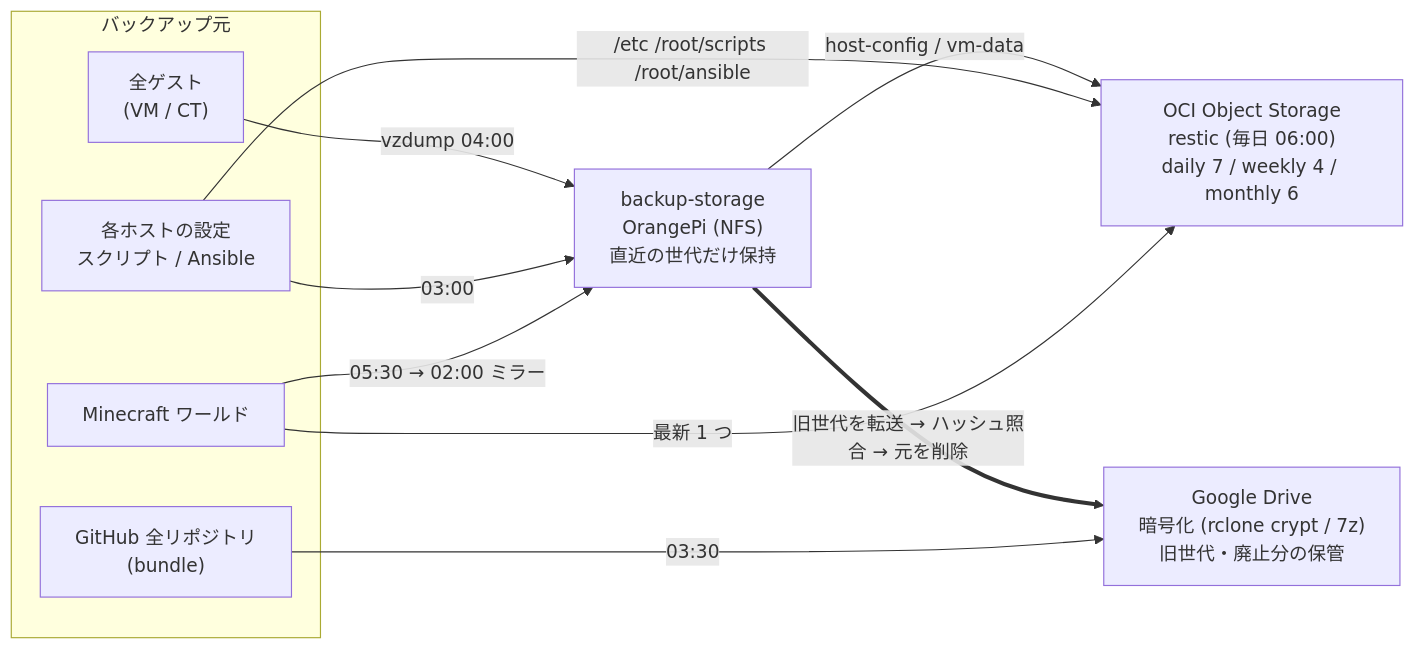
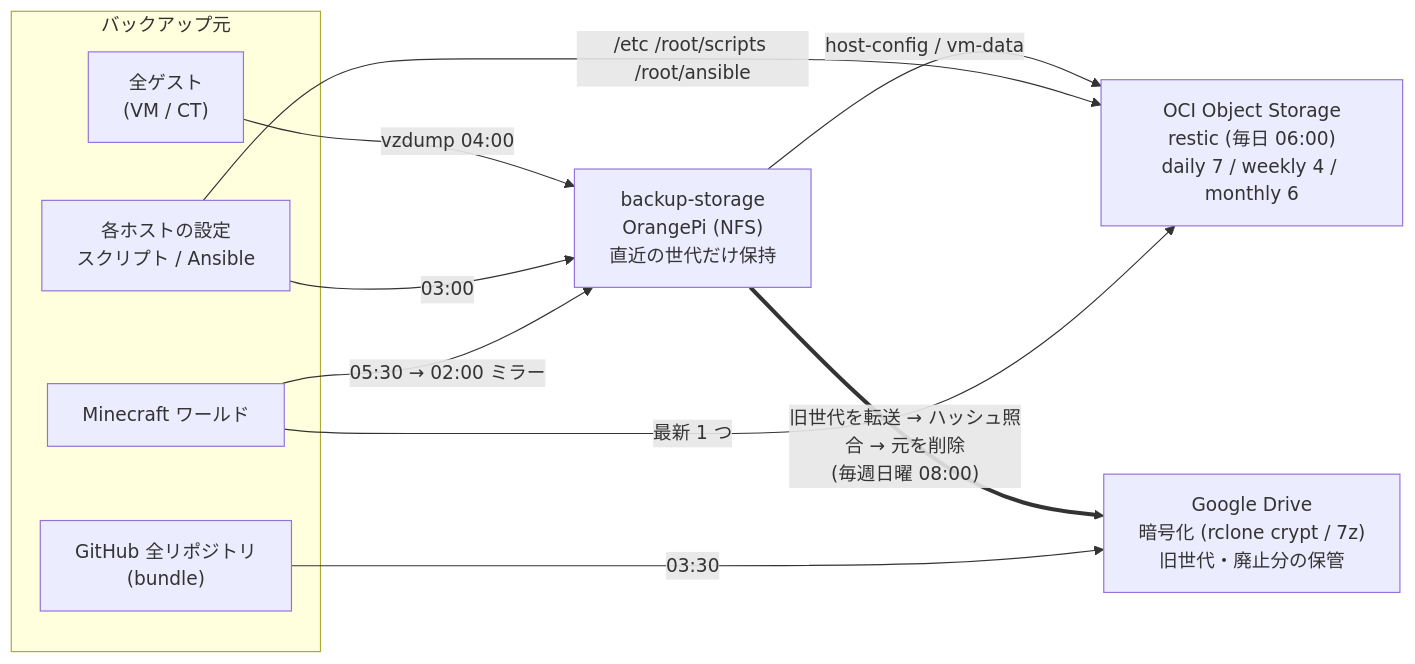
Before and after one commit to Leucophyllous/homelab: the third of 4 diagrams in README.md, drawn with Mermaid. The commit also changed other lines of this file, not shown here.

````diff
--- a/README.md
+++ b/README.md
@@ -115,21 +115,21 @@
 ```mermaid
 flowchart LR
   subgraph src["バックアップ元"]
     g["全ゲスト<br>(VM / CT)"]
     cfg["各ホストの設定<br>スクリプト / Ansible"]
     mcw["Minecraft ワールド"]
     gmr["GitHub 全リポジトリ<br>(bundle)"]
   end
   bs["backup-storage<br>OrangePi (NFS)<br>直近の世代だけ保持"]
   s3["OCI Object Storage<br>restic (毎日 06:00)<br>daily 7 / weekly 4 / monthly 6"]
   gd["Google Drive<br>暗号化 (rclone crypt / 7z)<br>旧世代・廃止分の保管"]
 
   g -->|"vzdump 04:00"| bs
   cfg -->|"03:00"| bs
   mcw -->|"05:30 → 02:00 ミラー"| bs
   bs -->|"host-config / vm-data"| s3
   cfg -->|"/etc /root/scripts /root/ansible"| s3
   mcw -->|"最新 1 つ"| s3
-  bs ==>|"旧世代を転送 → ハッシュ照合 → 元を削除"| gd
+  bs ==>|"旧世代を転送 → ハッシュ照合 → 元を削除<br>(毎週日曜 08:00)"| gd
   gmr -->|"03:30"| gd
 ```
````
